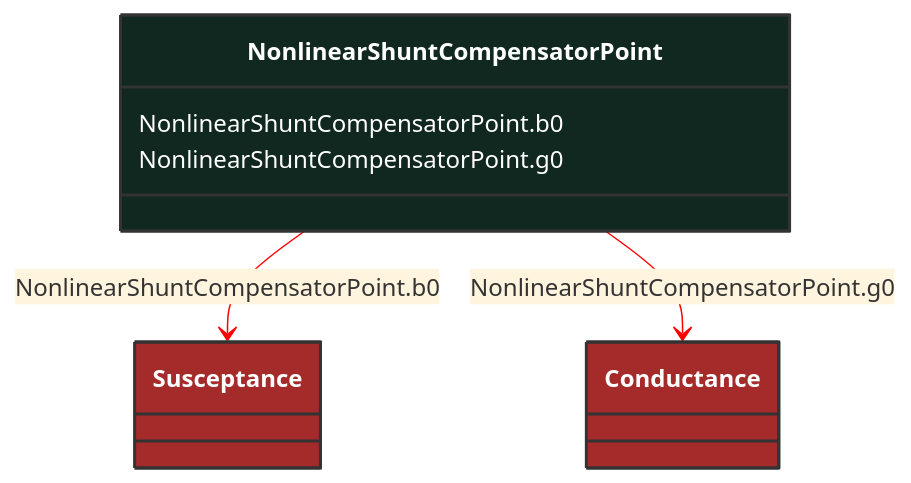
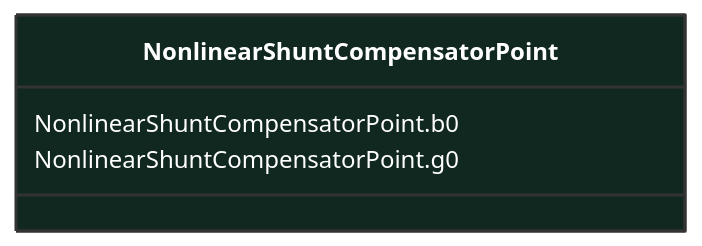
Before and after one commit to 3lbits/NoCIMExtensions: the diagram in docs/Models/Profiles/ShortCircuit/ConcreteClasses/NonlinearShuntCompensatorPoint.md, drawn with Mermaid. The commit also changed 397 other files, not shown here.

First line of the commit message:
Refactor CIM schemas to introduce abstract classes and consolidate data types

````diff
--- a/docs/Models/Profiles/ShortCircuit/ConcreteClasses/NonlinearShuntCompensatorPoint.md
+++ b/docs/Models/Profiles/ShortCircuit/ConcreteClasses/NonlinearShuntCompensatorPoint.md
@@ -8,22 +8,12 @@
 ```mermaid
 %%{init: {'theme':'base','themeVariables': {'lineColor': '#FF0000'}}}%%
 classDiagram
     class NonlinearShuntCompensatorPoint
     click NonlinearShuntCompensatorPoint href "/Models/Profiles/ShortCircuit/ConcreteClasses/NonlinearShuntCompensatorPoint/"
     style NonlinearShuntCompensatorPoint fill:#102820,stroke:#333,stroke-width:2px,rx:10,ry:10,color:white
 
-        NonlinearShuntCompensatorPoint --> Susceptance : NonlinearShuntCompensatorPoint.b0
-
-        Susceptance
-            click Susceptance href "/Models/Profiles/ShortCircuit/ConcreteClasses/Susceptance/"
-            style Susceptance fill:#A52A2A,stroke:#333,stroke-width:2px,rx:10,ry:10,color:white
-        NonlinearShuntCompensatorPoint --> Conductance : NonlinearShuntCompensatorPoint.g0
-
-        Conductance
-            click Conductance href "/Models/Profiles/ShortCircuit/ConcreteClasses/Conductance/"
-            style Conductance fill:#A52A2A,stroke:#333,stroke-width:2px,rx:10,ry:10,color:white
 
 
         NonlinearShuntCompensatorPoint : NonlinearShuntCompensatorPoint.b0
         NonlinearShuntCompensatorPoint : NonlinearShuntCompensatorPoint.g0
 ```
````
